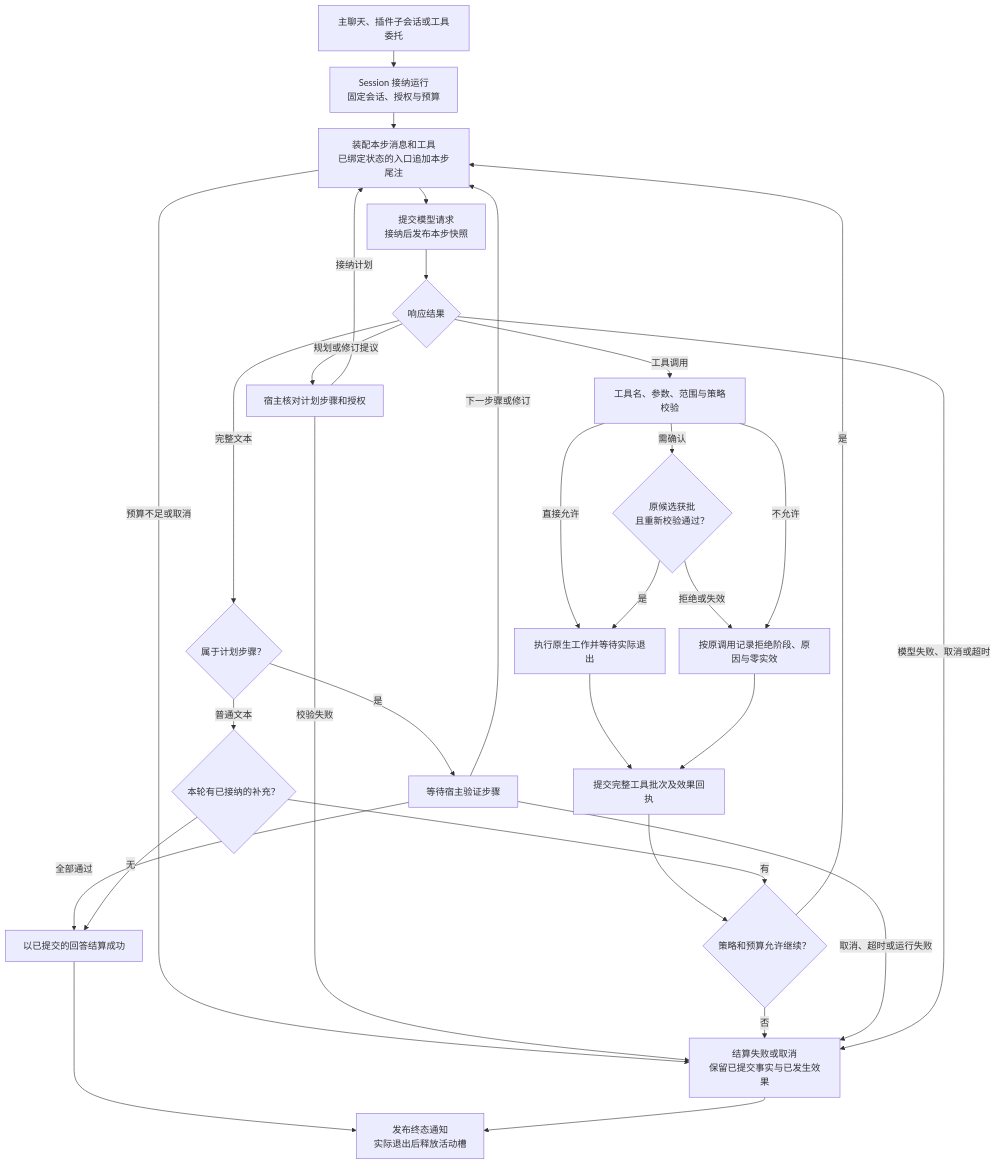
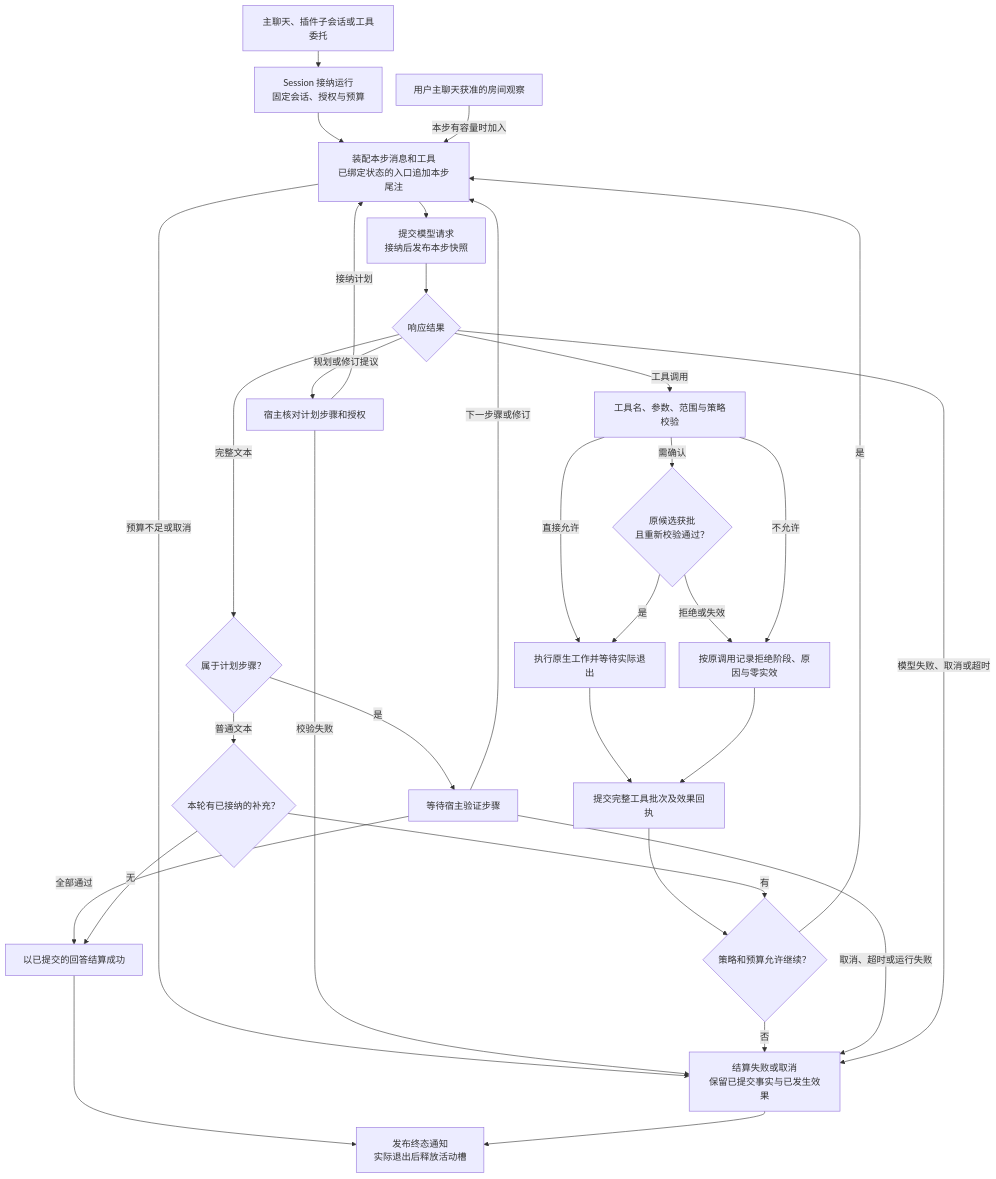
The second of 5 diagrams in docs/architecture.md (AuraKaliya/DaFeiYu-), drawn with Mermaid before and after one commit. The commit also changed other lines of this file and 3 other files, not shown here.

````diff
--- a/docs/architecture.md
+++ b/docs/architecture.md
@@ -128,39 +130,40 @@
 ```mermaid
 ---
 config:
   flowchart:
     rankSpacing: 28
     nodeSpacing: 24
 ---
 flowchart TB
     Input["主聊天、插件子会话或工具委托"] --> Session["Session 接纳运行<br/>固定会话、授权与预算"]
     Session --> Prepare["装配本步消息和工具<br/>已绑定状态的入口追加本步尾注"]
+    Senses["用户主聊天获准的房间观察"] -->|本步有容量时加入| Prepare
     Prepare --> Model["提交模型请求<br/>接纳后发布本步快照"]
     Prepare -->|预算不足或取消| Stop
     Model --> Response{"响应结果"}
     Response -->|规划或修订提议| Proposal["宿主核对计划步骤和授权"]
     Proposal -->|接纳计划| Prepare
     Proposal -->|校验失败| Stop
     Response -->|工具调用| Check["工具名、参数、范围与策略校验"]
     Check -->|直接允许| Work["执行原生工作并等待实际退出"]
     Check -->|需确认| Approval{"原候选获批<br/>且重新校验通过？"}
     Approval -->|是| Work
     Approval -->|拒绝或失效| Rejected["按原调用记录拒绝阶段、原因与零实效"]
     Check -->|不允许| Rejected
     Work --> Results["提交完整工具批次及效果回执"]
     Rejected --> Results
     Results --> Continue{"策略和预算允许继续？"}
     Continue -->|是| Prepare
     Continue -->|否| Stop["结算失败或取消<br/>保留已提交事实与已发生效果"]
     Response -->|完整文本| Plan{"属于计划步骤？"}
     Plan -->|是| Verify["等待宿主验证步骤"]
     Verify -->|下一步骤或修订| Prepare
     Verify -->|全部通过| Done["以已提交的回答结算成功"]
     Verify -->|取消、超时或运行失败| Stop
     Plan -->|普通文本| Pending{"本轮有已接纳的补充？"}
     Pending -->|无| Done
     Pending -->|有| Continue
     Response -->|模型失败、取消或超时| Stop
     Done --> Exit["发布终态通知<br/>实际退出后释放活动槽"]
     Stop --> Exit
 ```
````
